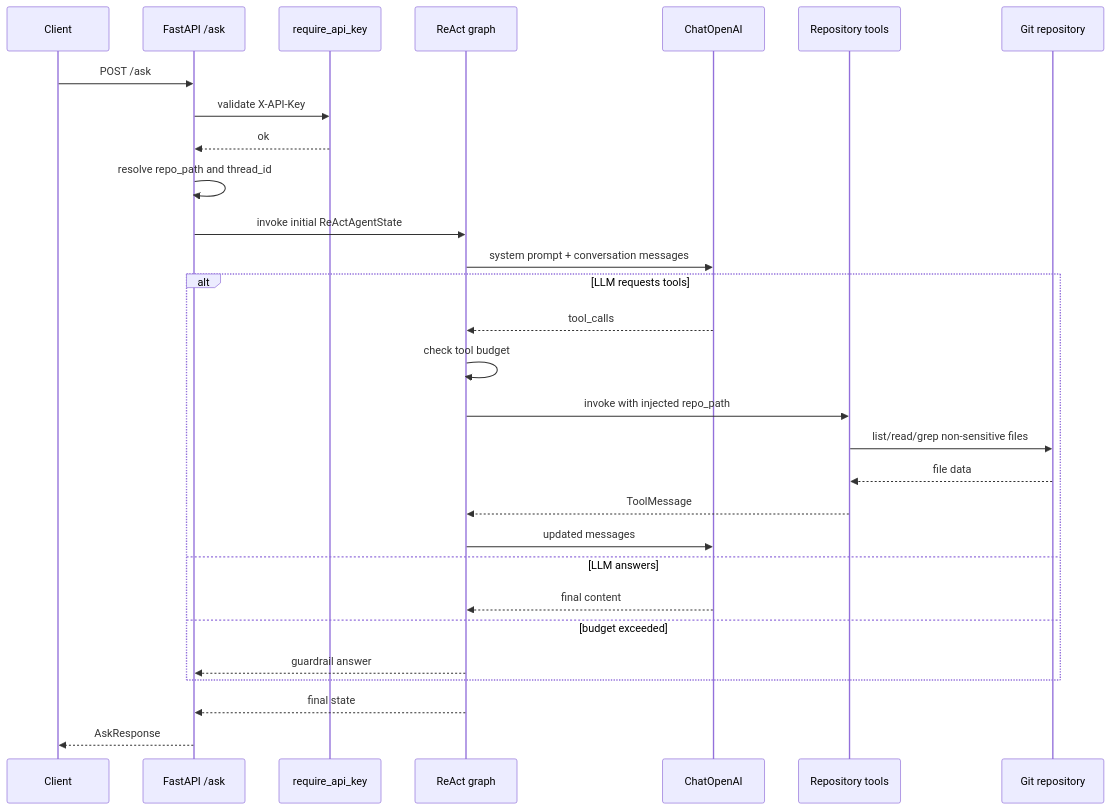
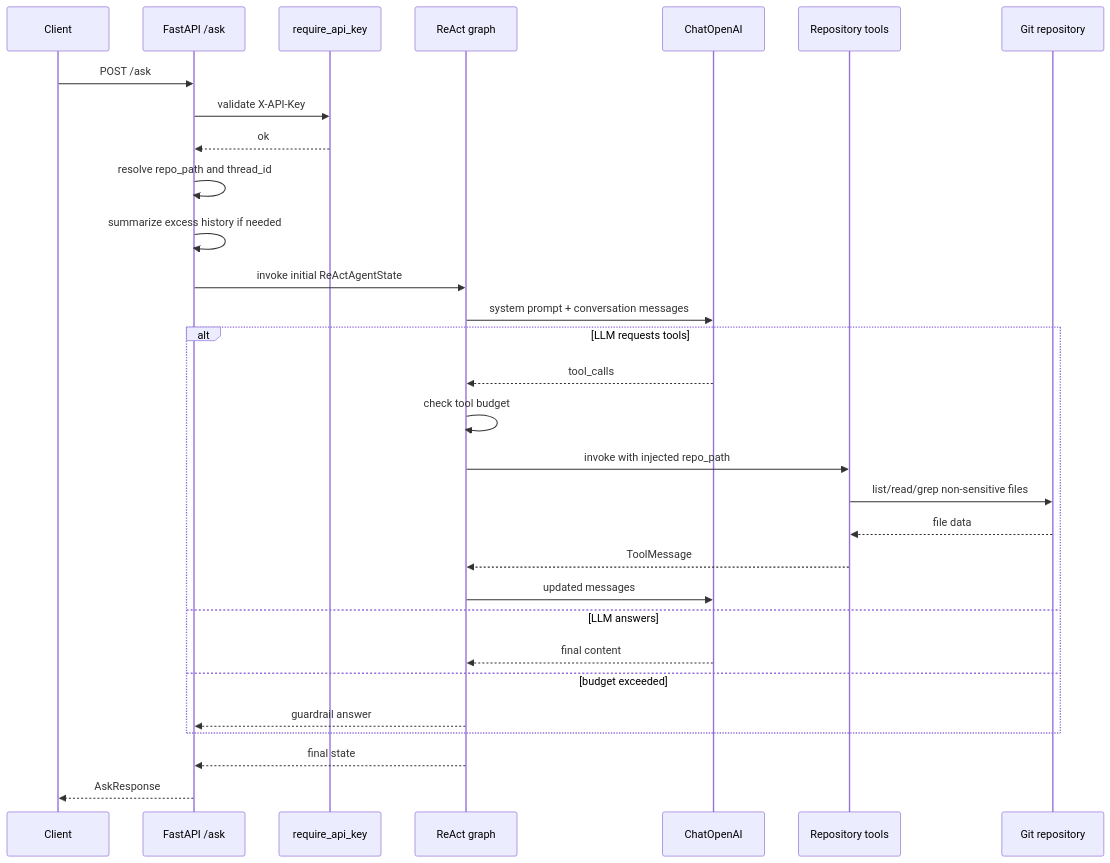
Before and after one commit to Brunotlps/overture: the second of 3 diagrams in docs/architecture.md, drawn with Mermaid. The commit also changed other lines of this file and 7 other files, not shown here.

````diff
--- a/docs/architecture.md
+++ b/docs/architecture.md
@@ -55,32 +62,33 @@
 ```mermaid
 sequenceDiagram
     participant C as Client
     participant A as FastAPI /ask
     participant S as require_api_key
     participant G as ReAct graph
     participant L as ChatOpenAI
     participant T as Repository tools
     participant R as Git repository
 
     C->>A: POST /ask
     A->>S: validate X-API-Key
     S-->>A: ok
     A->>A: resolve repo_path and thread_id
+    A->>A: summarize excess history if needed
     A->>G: invoke initial ReActAgentState
     G->>L: system prompt + conversation messages
     alt LLM requests tools
         L-->>G: tool_calls
         G->>G: check tool budget
         G->>T: invoke with injected repo_path
         T->>R: list/read/grep non-sensitive files
         R-->>T: file data
         T-->>G: ToolMessage
         G->>L: updated messages
     else LLM answers
         L-->>G: final content
     else budget exceeded
         G-->>A: guardrail answer
     end
     G-->>A: final state
     A-->>C: AskResponse
 ```
````
